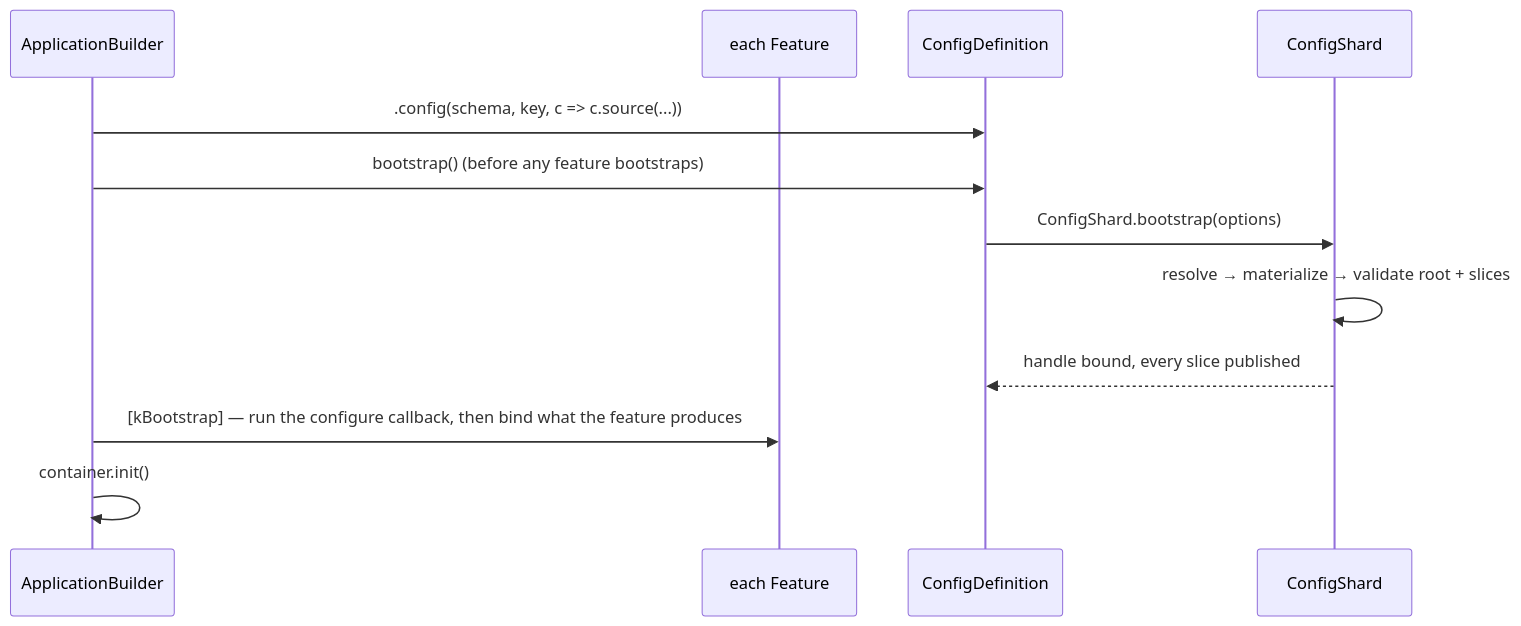
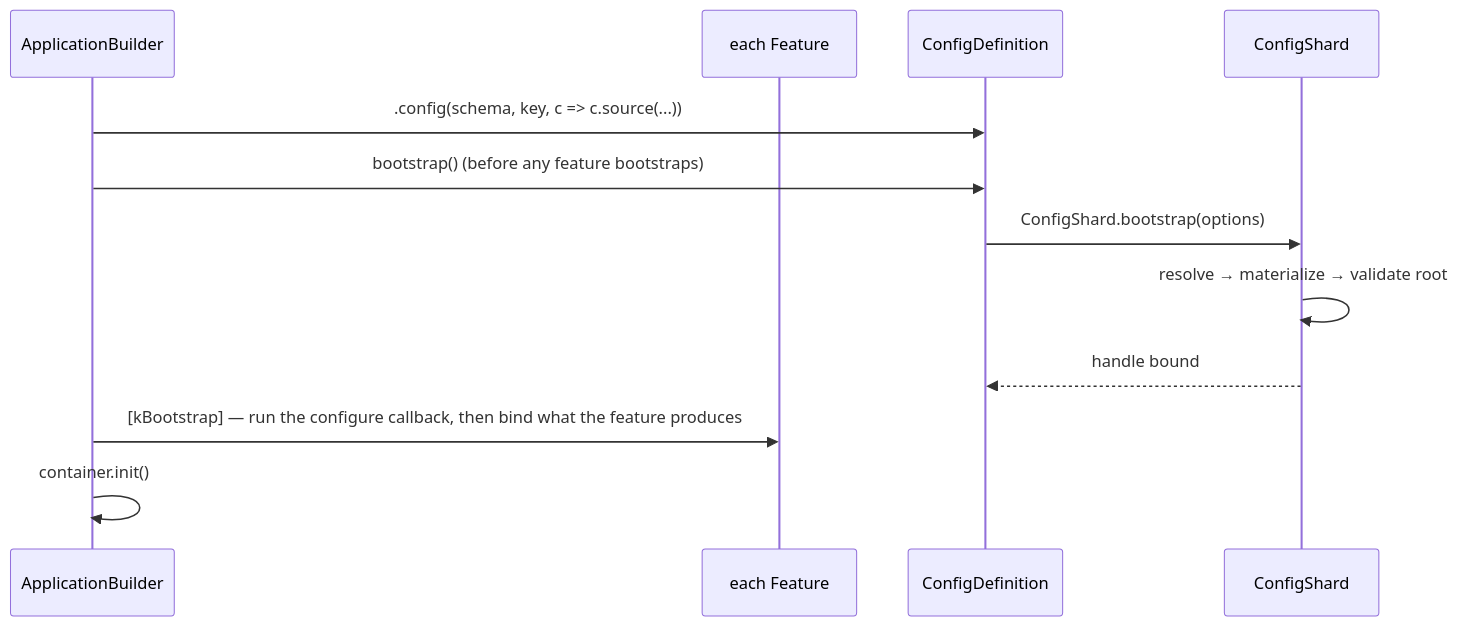
Before and after one commit to caffeinejs/caffeine: the fifth of 5 diagrams in std/config/README.md, drawn with Mermaid. The commit also changed other lines of this file and 46 other files, not shown here.

````diff
--- a/std/config/README.md
+++ b/std/config/README.md
@@ -289,14 +285,14 @@
 ```mermaid
 sequenceDiagram
   participant App as ApplicationBuilder
   participant Feat as each Feature
   participant Def as ConfigDefinition
   participant Shard as ConfigShard
   App->>Def: .config(schema, key, c => c.source(...))
   App->>Def: bootstrap()  (before any feature bootstraps)
   Def->>Shard: ConfigShard.bootstrap(options)
-  Shard->>Shard: resolve → materialize → validate root + slices
-  Shard-->>Def: handle bound, every slice published
+  Shard->>Shard: resolve → materialize → validate root
+  Shard-->>Def: handle bound
   App->>Feat: [kBootstrap] — run the configure callback, then bind what the feature produces
   App->>App: container.init()
 ```
````
